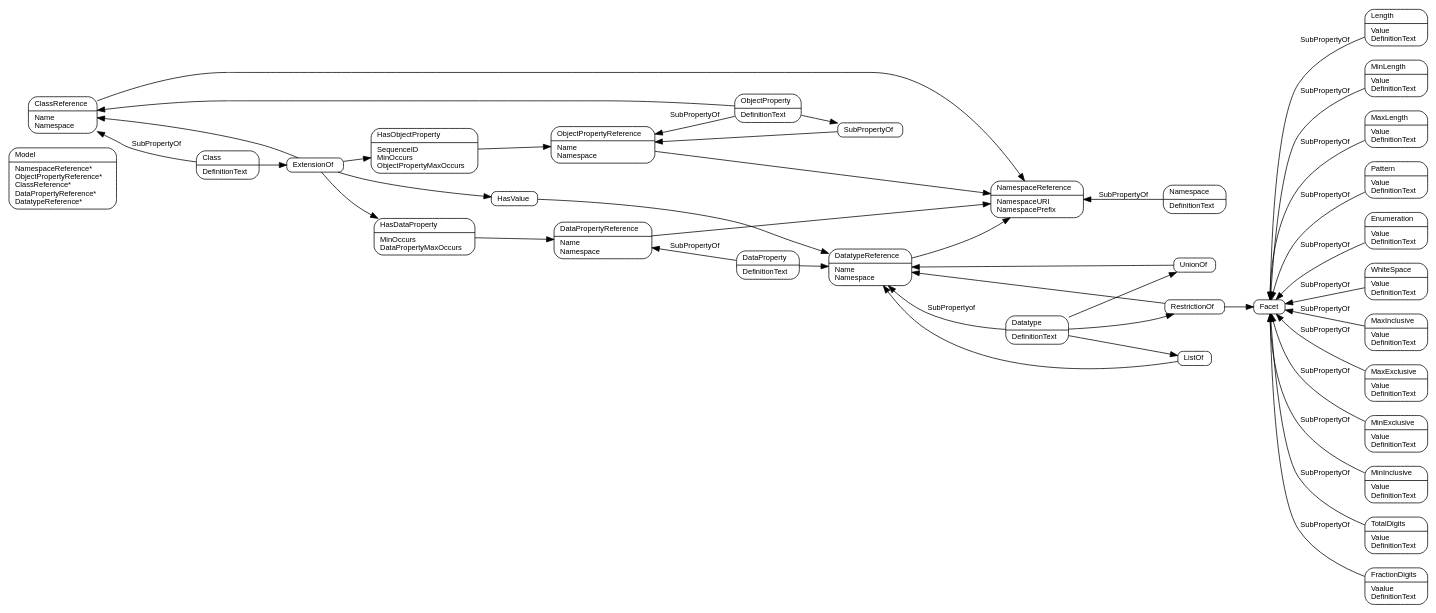
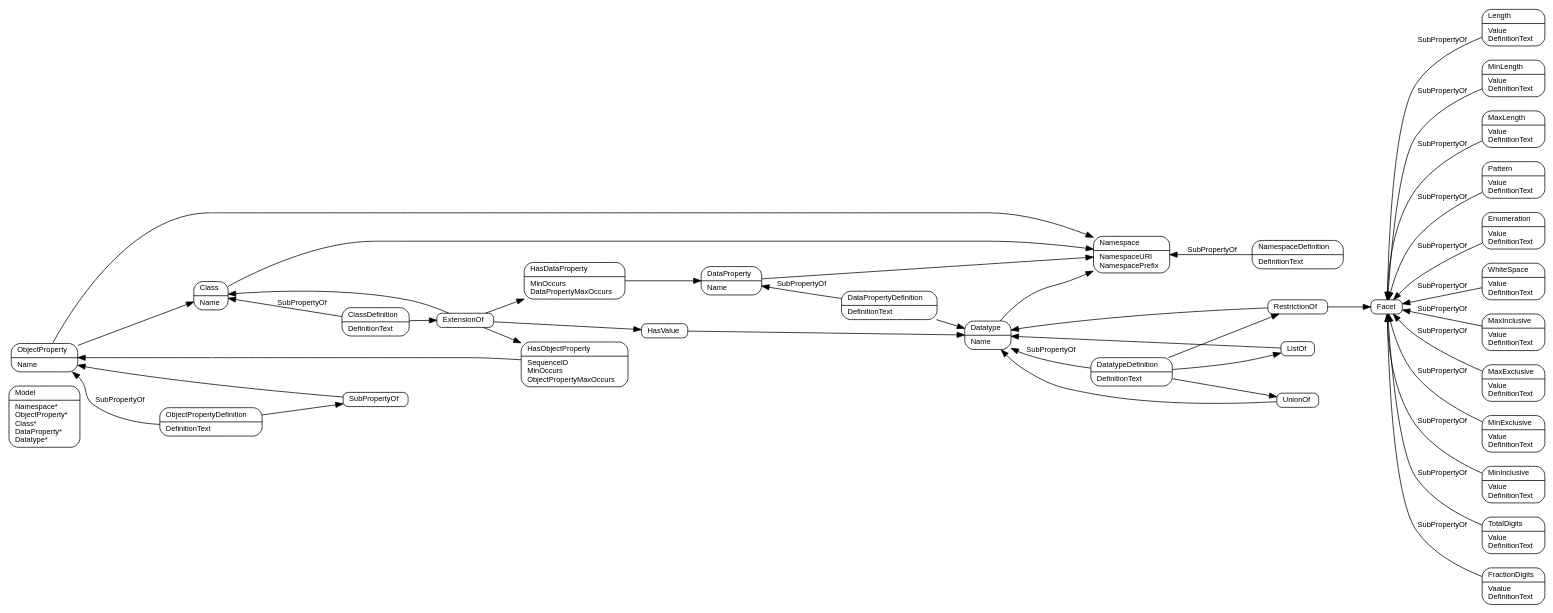
Before and after one commit to webb/niem-metamodel: the diagram in metamodel-with-references.dot, drawn with Graphviz. The commit also changed 4 other files, not shown here.

Commit message:
Made the diagram reflect the reference/definition breakdown without being insane.

```diff
--- a/metamodel-with-references.dot
+++ b/metamodel-with-references.dot
@@ -1,101 +1,106 @@
 digraph G {
   edge [fontname = "Helvetica", fontsize = 10, dir = forward];
   node [fontname = "Helvetica", fontsize = 10, width = 0, height = 0];
   rankdir = LR;
 
   node [shape=Mrecord];
   
   /** ============================================================ **/
   /** Model **/
 
-  Model [label="\N\l|NamespaceReference*\lObjectPropertyReference*\lClassReference*\lDataPropertyReference*\lDatatypeReference*\l"];
+  Model [label="\N\l|Namespace*\lObjectProperty*\lClass*\lDataProperty*\lDatatype*\l"];
 
   /** ============================================================ **/
   /** References **/
 
-  NamespaceReference [label="\N\l|NamespaceURI\lNamespacePrefix\l"];
+  Namespace [label="\N\l|NamespaceURI\lNamespacePrefix\l"];
 
-  ClassReference [label="\N\l|Name\l"];
-  ClassReference -> NamespaceReference;
+  ObjectProperty [label="\N\l|Name\l"];
+  ObjectProperty -> Namespace;
+                          
+  Class [label="\N\l|Name\l"];
+  Class -> Namespace;
 
-  ObjectPropertyReference [label="\N\l|Name\l"];
-  ObjectPropertyReference -> NamespaceReference;
-                          
-  DataPropertyReference [label="\N\l|Name\l"];
-  DataPropertyReference -> NamespaceReference;
+  DataProperty [label="\N\l|Name\l"];
+  DataProperty -> Namespace;
   
-  DatatypeReference [label="\N\l|Name\l"];
-  DatatypeReference -> NamespaceReference;
+  Datatype [label="\N\l|Name\l"];
+  Datatype -> Namespace;
+
+  // binding references to definitions
+
+  Namespace -> NamespaceDefinition [dir=back,label="SubPropertyOf"];
+  ObjectProperty -> ObjectPropertyDefinition [dir=back,label="SubPropertyOf"];
+  Class -> ClassDefinition [dir=back,label="SubPropertyOf"];
+  DataProperty -> DataPropertyDefinition [dir=back,label="SubPropertyOf"];
+  Datatype -> DatatypeDefinition [dir=back,label="SubPropertyOf"];
 
   /** ============================================================ **/
   /** Definitions **/
 
-  Namespace [label="\N\l|DefinitionText\l"];
+  NamespaceDefinition [label="\N\l|DefinitionText\l"];
   
-  NamespaceReference -> Namespace [label="SubPropertyOf",dir=back];
+  // object property ///////////////////////////////////////////////////////
 
-  ClassReference [label="\N\l|Name\lNamespace\l"];
-  Class [label="\N\l|DefinitionText\l"];
-  ClassReference -> Class [dir=back, label="SubPropertyOf"];
-  Class -> ExtensionOf:w;
+  ObjectPropertyDefinition [label="\N\l|DefinitionText\l"];
+  ObjectPropertyDefinition -> SubPropertyOf;
+  ObjectProperty -> Class;
+
+  SubPropertyOf [label="\N\l"];
+  SubPropertyOf -> ObjectProperty;
+
+  // class ///////////////////////////////////////////////////////
+  
+  ClassDefinition [label="\N\l|DefinitionText\l"];
+  ClassDefinition -> ExtensionOf:w;
+
   ExtensionOf [label="\N\l"];
-  ExtensionOf -> { ClassReference HasDataProperty HasObjectProperty HasValue};
+  ExtensionOf -> { Class HasValue HasObjectProperty HasDataProperty };
+
+  HasValue [label="\N\l"];
+  HasValue -> Datatype;
   
   HasObjectProperty [label="\N\l|SequenceID\lMinOccurs\lObjectPropertyMaxOccurs\l"];
-  HasObjectProperty -> ObjectPropertyReference;
-
-  ObjectPropertyReference [label="\N\l|Name\lNamespace\l"];
-  ObjectProperty -> SubPropertyOf;
-  
-  ObjectProperty [label="\N\l|DefinitionText\l"];
-  ObjectPropertyReference -> ObjectProperty [dir=back, label=SubPropertyOf];
-  ObjectProperty -> ClassReference;
-
-  SubPropertyOf [label="\N\l"];
-  SubPropertyOf -> ObjectPropertyReference;
+  HasObjectProperty -> ObjectProperty;
 
   HasDataProperty [label="\N\l|MinOccurs\lDataPropertyMaxOccurs\l"];
-  HasDataProperty -> DataPropertyReference;
+  HasDataProperty -> DataProperty;
 
-  DataPropertyReference [label="\N\l|Name\lNamespace\l"];
-  DataProperty [label="\N\l|DefinitionText\l"];
-  DataPropertyReference -> DataProperty [dir=back,label=SubPropertyOf];
+  // data property ///////////////////////////////////////////////////////
+
+  DataPropertyDefinition [label="\N\l|DefinitionText\l"];
+  DataPropertyDefinition -> Datatype;
   
-  DataProperty -> DatatypeReference;
-  
-  DatatypeReference [label="\N\l|Name\lNamespace\l"];
-  Datatype [label="\N\l|DefinitionText\l"];
-  DatatypeReference -> Datatype [label=SubPropertyof,dir=back];
-  Datatype -> ListOf;
-  Datatype -> UnionOf;
-  Datatype -> RestrictionOf;
+  // datatype ///////////////////////////////////////////////////////
 
-  HasValue [label="\N\l"];
-  HasValue -> DatatypeReference;
+  DatatypeDefinition [label="\N\l|DefinitionText\l"];
+  DatatypeDefinition -> ListOf;
+  DatatypeDefinition -> UnionOf;
+  DatatypeDefinition -> RestrictionOf;
 
   ListOf [label="\N\l"];
-  ListOf -> DatatypeReference;
+  ListOf -> Datatype;
   UnionOf [label="\N\l"];
-  UnionOf -> DatatypeReference;
+  UnionOf -> Datatype;
+  RestrictionOf [label="\N\l"];
+  RestrictionOf -> { Facet Datatype };
 
-  RestrictionOf [label="\N\l"];
-  RestrictionOf -> { Facet DatatypeReference };
+  // facets ///////////////////////////////////////////////////////
 
-  // facets
   Facet [label="\N\l"];
   Length [label="\N\l|Value\lDefinitionText\l"];
   MinLength [label="\N\l|Value\lDefinitionText\l"];
   MaxLength [label="\N\l|Value\lDefinitionText\l"];
   Pattern [label="\N\l|Value\lDefinitionText\l"];
   Enumeration [label="\N\l|Value\lDefinitionText\l"];
   WhiteSpace [label="\N\l|Value\lDefinitionText\l"];
   MaxInclusive [label="\N\l|Value\lDefinitionText\l"];
   MaxExclusive [label="\N\l|Value\lDefinitionText\l"];
   MinExclusive [label="\N\l|Value\lDefinitionText\l"];
   MinInclusive [label="\N\l|Value\lDefinitionText\l"];
   TotalDigits [label="\N\l|Value\lDefinitionText\l"];
   FractionDigits [label="\N\l|Vaalue\lDefinitionText\l"];
 
   edge [dir=back, label="SubPropertyOf"];
   Facet -> { Length MinLength MaxLength Pattern Enumeration WhiteSpace MaxInclusive MaxExclusive MinExclusive MinInclusive TotalDigits FractionDigits }
 }
```
